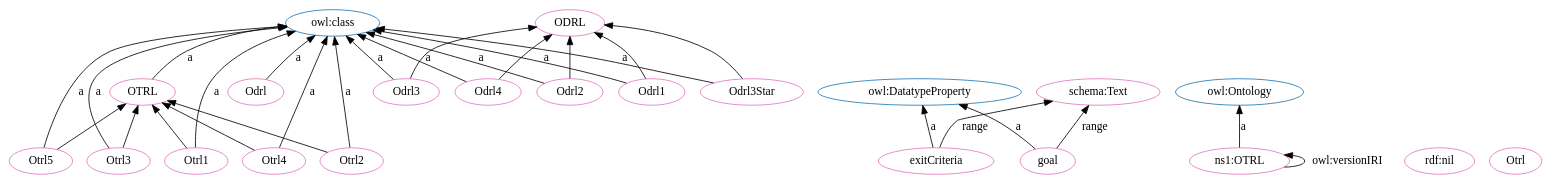
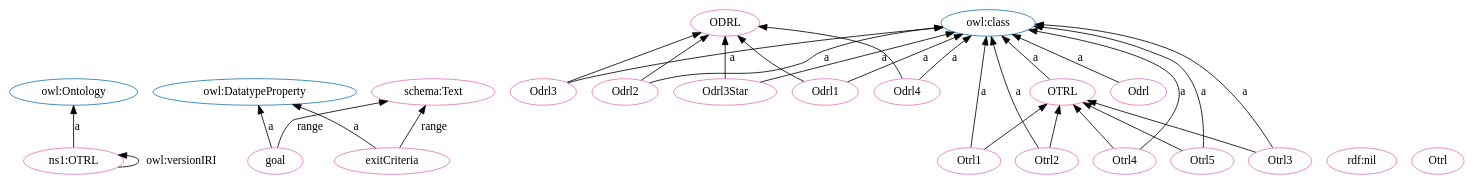
Before and after one commit to OPEN-NEXT/OKH-LOSH: the diagram in OTRL.dot, drawn with Graphviz. The commit also changed other lines of this file and 15 other files, not shown here.

```diff
--- a/OTRL.dot
+++ b/OTRL.dot
@@ -1,56 +1,56 @@
 digraph G {
   rankdir=BT
   node[height=.3]
+"http://www.w3.org/2002/07/owl#Ontology" [fillcolor="#1f77b4" color="#1f77b4" label="owl:Ontology"]
+"http://www.w3.org/2002/07/owl#DatatypeProperty" [fillcolor="#1f77b4" color="#1f77b4" label="owl:DatatypeProperty"]
 "http://www.w3.org/2002/07/owl#class" [fillcolor="#1f77b4" color="#1f77b4" label="owl:class"]
 "http://purl.org/oseg/ontologies/OTRL#ODRL" [fillcolor="#1f77b4" color="#1f77b4" label="ODRL"]
-"http://www.w3.org/2002/07/owl#DatatypeProperty" [fillcolor="#1f77b4" color="#1f77b4" label="owl:DatatypeProperty"]
 "http://purl.org/oseg/ontologies/OTRL#OTRL" [fillcolor="#1f77b4" color="#1f77b4" label="OTRL"]
-"http://www.w3.org/2002/07/owl#Ontology" [fillcolor="#1f77b4" color="#1f77b4" label="owl:Ontology"]
+"http://purl.org/oseg/ontologies/OTRL#ODRL" [fillcolor="#e377c2" color="#e377c2" label="ODRL"]
+"http://purl.org/oseg/ontologies/OTRL#Odrl3Star" [fillcolor="#e377c2" color="#e377c2" label="Odrl3Star"]
+"http://purl.org/oseg/ontologies/OTRL#Odrl" [fillcolor="#e377c2" color="#e377c2" label="Odrl"]
+"http://purl.org/oseg/ontologies/OTRL#Odrl3" [fillcolor="#e377c2" color="#e377c2" label="Odrl3"]
+"http://www.w3.org/1999/02/22-rdf-syntax-ns#nil" [fillcolor="#e377c2" color="#e377c2" label="rdf:nil"]
+"http://purl.org/oseg/ontologies/OTRL#Otrl4" [fillcolor="#e377c2" color="#e377c2" label="Otrl4"]
+"http://purl.org/oseg/ontologies/OTRL#Odrl4" [fillcolor="#e377c2" color="#e377c2" label="Odrl4"]
+"http://purl.org/oseg/ontologies/OTRL#Odrl1" [fillcolor="#e377c2" color="#e377c2" label="Odrl1"]
+"http://purl.org/oseg/ontologies/OTRL" [fillcolor="#e377c2" color="#e377c2" label="ns1:OTRL"]
+"http://purl.org/oseg/ontologies/OTRL#Otrl" [fillcolor="#e377c2" color="#e377c2" label="Otrl"]
+"http://purl.org/oseg/ontologies/OTRL#OTRL" [fillcolor="#e377c2" color="#e377c2" label="OTRL"]
+"http://purl.org/oseg/ontologies/OTRL#goal" [fillcolor="#e377c2" color="#e377c2" label="goal"]
+"http://schema.org/Text" [fillcolor="#e377c2" color="#e377c2" label="schema:Text"]
 "http://purl.org/oseg/ontologies/OTRL#exitCriteria" [fillcolor="#e377c2" color="#e377c2" label="exitCriteria"]
-"http://purl.org/oseg/ontologies/OTRL#Odrl4" [fillcolor="#e377c2" color="#e377c2" label="Odrl4"]
-"http://www.w3.org/1999/02/22-rdf-syntax-ns#nil" [fillcolor="#e377c2" color="#e377c2" label="rdf:nil"]
-"http://purl.org/oseg/ontologies/OTRL#ODRL" [fillcolor="#e377c2" color="#e377c2" label="ODRL"]
-"http://purl.org/oseg/ontologies/OTRL#Otrl" [fillcolor="#e377c2" color="#e377c2" label="Otrl"]
-"http://purl.org/oseg/ontologies/OTRL#Odrl" [fillcolor="#e377c2" color="#e377c2" label="Odrl"]
+"http://purl.org/oseg/ontologies/OTRL#Otrl2" [fillcolor="#e377c2" color="#e377c2" label="Otrl2"]
+"http://purl.org/oseg/ontologies/OTRL#Otrl3" [fillcolor="#e377c2" color="#e377c2" label="Otrl3"]
+"http://purl.org/oseg/ontologies/OTRL#Otrl1" [fillcolor="#e377c2" color="#e377c2" label="Otrl1"]
 "http://purl.org/oseg/ontologies/OTRL#Otrl5" [fillcolor="#e377c2" color="#e377c2" label="Otrl5"]
-"http://purl.org/oseg/ontologies/OTRL#OTRL" [fillcolor="#e377c2" color="#e377c2" label="OTRL"]
 "http://purl.org/oseg/ontologies/OTRL#Odrl2" [fillcolor="#e377c2" color="#e377c2" label="Odrl2"]
-"http://purl.org/oseg/ontologies/OTRL#goal" [fillcolor="#e377c2" color="#e377c2" label="goal"]
-"http://purl.org/oseg/ontologies/OTRL#Otrl2" [fillcolor="#e377c2" color="#e377c2" label="Otrl2"]
-"http://schema.org/Text" [fillcolor="#e377c2" color="#e377c2" label="schema:Text"]
-"http://purl.org/oseg/ontologies/OTRL#Otrl1" [fillcolor="#e377c2" color="#e377c2" label="Otrl1"]
-"http://purl.org/oseg/ontologies/OTRL#Odrl3" [fillcolor="#e377c2" color="#e377c2" label="Odrl3"]
-"http://purl.org/oseg/ontologies/OTRL#Otrl3" [fillcolor="#e377c2" color="#e377c2" label="Otrl3"]
-"http://purl.org/oseg/ontologies/OTRL" [fillcolor="#e377c2" color="#e377c2" label="ns1:OTRL"]
-"http://purl.org/oseg/ontologies/OTRL#Odrl1" [fillcolor="#e377c2" color="#e377c2" label="Odrl1"]
-"http://purl.org/oseg/ontologies/OTRL#Otrl4" [fillcolor="#e377c2" color="#e377c2" label="Otrl4"]
-"http://purl.org/oseg/ontologies/OTRL#Odrl3Star" [fillcolor="#e377c2" color="#e377c2" label="Odrl3Star"]
-  "http://purl.org/oseg/ontologies/OTRL#Odrl4" -> "http://www.w3.org/2002/07/owl#class" [label="a"]
-  "http://purl.org/oseg/ontologies/OTRL#Odrl2" -> "http://purl.org/oseg/ontologies/OTRL#ODRL" [label=""]
+  "http://purl.org/oseg/ontologies/OTRL#Otrl4" -> "http://www.w3.org/2002/07/owl#class" [label="a"]
+  "http://purl.org/oseg/ontologies/OTRL" -> "http://purl.org/oseg/ontologies/OTRL" [label="owl:versionIRI"]
+  "http://purl.org/oseg/ontologies/OTRL#Otrl5" -> "http://purl.org/oseg/ontologies/OTRL#OTRL" [label=""]
+  "http://purl.org/oseg/ontologies/OTRL#goal" -> "http://schema.org/Text" [label="range"]
+  "http://purl.org/oseg/ontologies/OTRL#Odrl3Star" -> "http://purl.org/oseg/ontologies/OTRL#ODRL" [label=""]
+  "http://purl.org/oseg/ontologies/OTRL#Otrl2" -> "http://www.w3.org/2002/07/owl#class" [label="a"]
   "http://purl.org/oseg/ontologies/OTRL#Odrl1" -> "http://purl.org/oseg/ontologies/OTRL#ODRL" [label=""]
   "http://purl.org/oseg/ontologies/OTRL#Odrl3" -> "http://purl.org/oseg/ontologies/OTRL#ODRL" [label=""]
+  "http://purl.org/oseg/ontologies/OTRL#OTRL" -> "http://www.w3.org/2002/07/owl#class" [label="a"]
+  "http://purl.org/oseg/ontologies/OTRL#Otrl2" -> "http://purl.org/oseg/ontologies/OTRL#OTRL" [label=""]
+  "http://purl.org/oseg/ontologies/OTRL#Odrl4" -> "http://purl.org/oseg/ontologies/OTRL#ODRL" [label=""]
+  "http://purl.org/oseg/ontologies/OTRL#Otrl1" -> "http://www.w3.org/2002/07/owl#class" [label="a"]
+  "http://purl.org/oseg/ontologies/OTRL#Otrl5" -> "http://www.w3.org/2002/07/owl#class" [label="a"]
+  "http://purl.org/oseg/ontologies/OTRL#Otrl1" -> "http://purl.org/oseg/ontologies/OTRL#OTRL" [label=""]
+  "http://purl.org/oseg/ontologies/OTRL#Odrl2" -> "http://www.w3.org/2002/07/owl#class" [label="a"]
+  "http://purl.org/oseg/ontologies/OTRL#Odrl2" -> "http://purl.org/oseg/ontologies/OTRL#ODRL" [label=""]
+  "http://purl.org/oseg/ontologies/OTRL#Odrl3Star" -> "http://www.w3.org/2002/07/owl#class" [label="a"]
+  "http://purl.org/oseg/ontologies/OTRL#Odrl3" -> "http://www.w3.org/2002/07/owl#class" [label="a"]
+  "http://purl.org/oseg/ontologies/OTRL#Odrl4" -> "http://www.w3.org/2002/07/owl#class" [label="a"]
+  "http://purl.org/oseg/ontologies/OTRL#Odrl1" -> "http://www.w3.org/2002/07/owl#class" [label="a"]
+  "http://purl.org/oseg/ontologies/OTRL#goal" -> "http://www.w3.org/2002/07/owl#DatatypeProperty" [label="a"]
+  "http://purl.org/oseg/ontologies/OTRL#Otrl4" -> "http://purl.org/oseg/ontologies/OTRL#OTRL" [label=""]
+  "http://purl.org/oseg/ontologies/OTRL#exitCriteria" -> "http://www.w3.org/2002/07/owl#DatatypeProperty" [label="a"]
+  "http://purl.org/oseg/ontologies/OTRL#exitCriteria" -> "http://schema.org/Text" [label="range"]
+  "http://purl.org/oseg/ontologies/OTRL#Otrl3" -> "http://www.w3.org/2002/07/owl#class" [label="a"]
   "http://purl.org/oseg/ontologies/OTRL#Odrl" -> "http://www.w3.org/2002/07/owl#class" [label="a"]
-  "http://purl.org/oseg/ontologies/OTRL#goal" -> "http://www.w3.org/2002/07/owl#DatatypeProperty" [label="a"]
-  "http://purl.org/oseg/ontologies/OTRL#Otrl5" -> "http://purl.org/oseg/ontologies/OTRL#OTRL" [label=""]
-  "http://purl.org/oseg/ontologies/OTRL#Odrl3Star" -> "http://purl.org/oseg/ontologies/OTRL#ODRL" [label=""]
-  "http://purl.org/oseg/ontologies/OTRL#Otrl4" -> "http://purl.org/oseg/ontologies/OTRL#OTRL" [label=""]
+  "http://purl.org/oseg/ontologies/OTRL#Otrl3" -> "http://purl.org/oseg/ontologies/OTRL#OTRL" [label=""]
   "http://purl.org/oseg/ontologies/OTRL" -> "http://www.w3.org/2002/07/owl#Ontology" [label="a"]
-  "http://purl.org/oseg/ontologies/OTRL" -> "http://purl.org/oseg/ontologies/OTRL" [label="owl:versionIRI"]
-  "http://purl.org/oseg/ontologies/OTRL#Otrl3" -> "http://purl.org/oseg/ontologies/OTRL#OTRL" [label=""]
-  "http://purl.org/oseg/ontologies/OTRL#exitCriteria" -> "http://schema.org/Text" [label="range"]
-  "http://purl.org/oseg/ontologies/OTRL#Odrl1" -> "http://www.w3.org/2002/07/owl#class" [label="a"]
-  "http://purl.org/oseg/ontologies/OTRL#Otrl4" -> "http://www.w3.org/2002/07/owl#class" [label="a"]
-  "http://purl.org/oseg/ontologies/OTRL#Odrl4" -> "http://purl.org/oseg/ontologies/OTRL#ODRL" [label=""]
-  "http://purl.org/oseg/ontologies/OTRL#Otrl2" -> "http://purl.org/oseg/ontologies/OTRL#OTRL" [label=""]
-  "http://purl.org/oseg/ontologies/OTRL#Odrl3Star" -> "http://www.w3.org/2002/07/owl#class" [label="a"]
-  "http://purl.org/oseg/ontologies/OTRL#exitCriteria" -> "http://www.w3.org/2002/07/owl#DatatypeProperty" [label="a"]
-  "http://purl.org/oseg/ontologies/OTRL#Otrl5" -> "http://www.w3.org/2002/07/owl#class" [label="a"]
-  "http://purl.org/oseg/ontologies/OTRL#OTRL" -> "http://www.w3.org/2002/07/owl#class" [label="a"]
-  "http://purl.org/oseg/ontologies/OTRL#Odrl2" -> "http://www.w3.org/2002/07/owl#class" [label="a"]
-  "http://purl.org/oseg/ontologies/OTRL#Otrl2" -> "http://www.w3.org/2002/07/owl#class" [label="a"]
-  "http://purl.org/oseg/ontologies/OTRL#goal" -> "http://schema.org/Text" [label="range"]
-  "http://purl.org/oseg/ontologies/OTRL#Otrl1" -> "http://www.w3.org/2002/07/owl#class" [label="a"]
-  "http://purl.org/oseg/ontologies/OTRL#Odrl3" -> "http://www.w3.org/2002/07/owl#class" [label="a"]
-  "http://purl.org/oseg/ontologies/OTRL#Otrl3" -> "http://www.w3.org/2002/07/owl#class" [label="a"]
-  "http://purl.org/oseg/ontologies/OTRL#Otrl1" -> "http://purl.org/oseg/ontologies/OTRL#OTRL" [label=""]
 }
```
